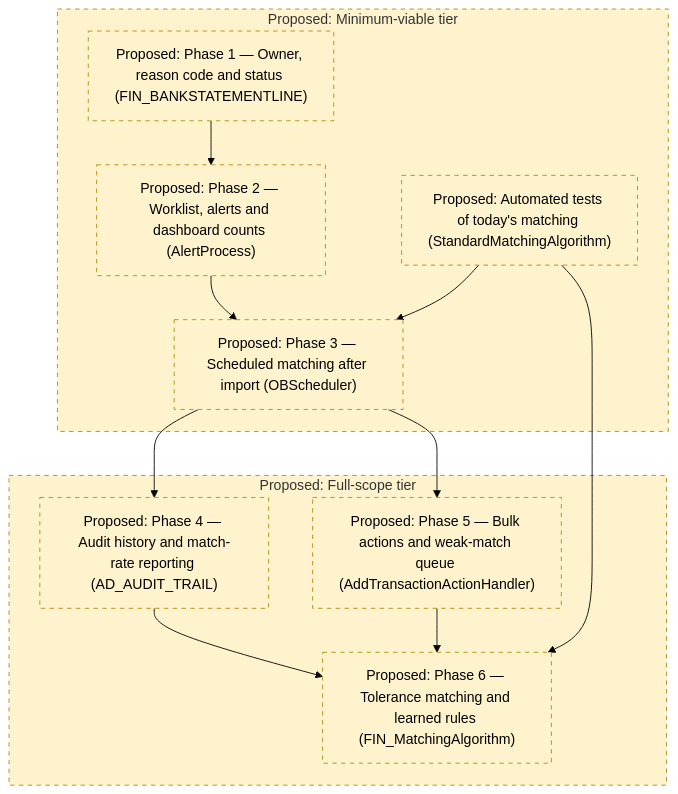
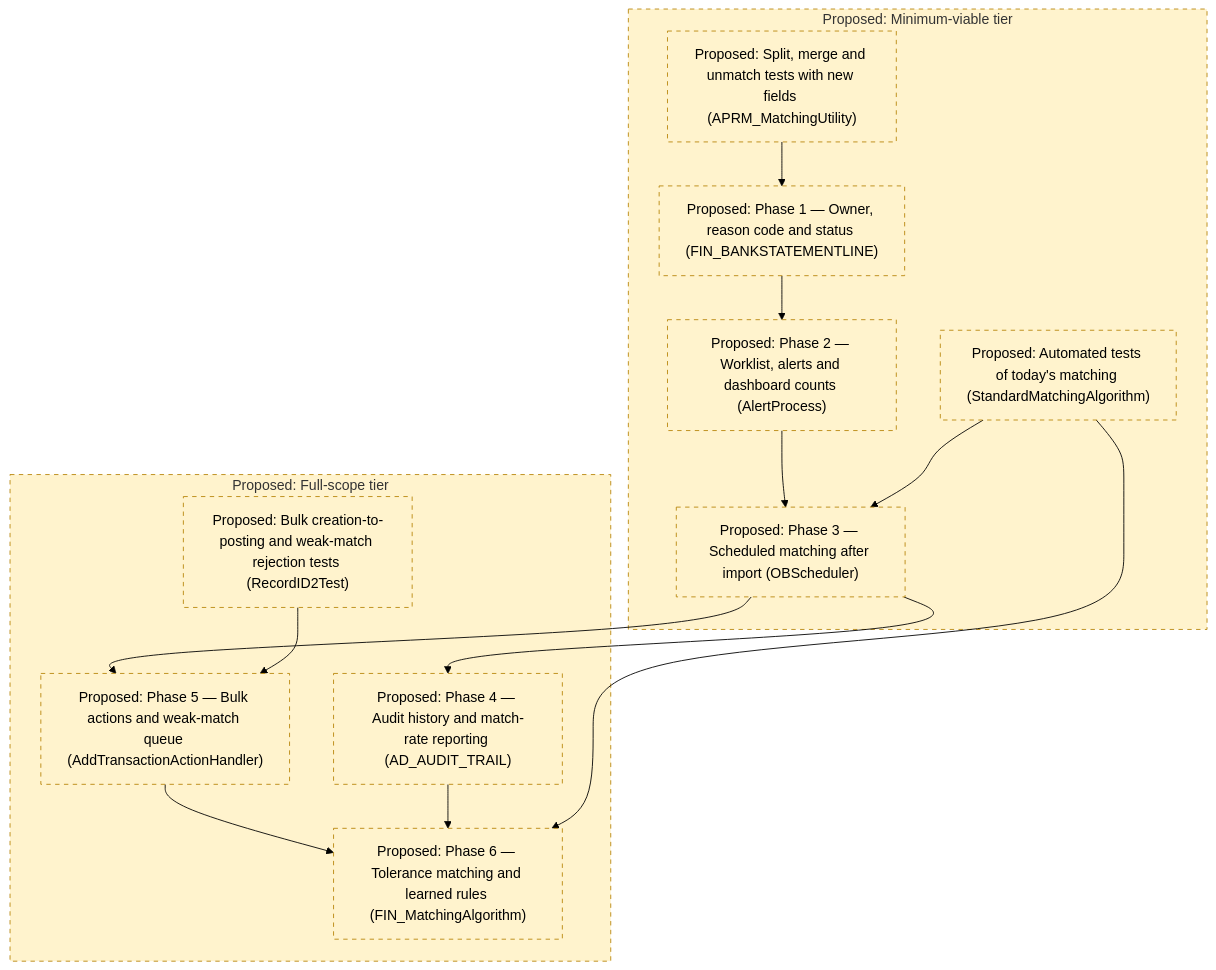
Before and after one commit to blitzy-public-samples/openbravo-erp: the fifth of 5 diagrams in docs/analysis/analysis-2-extension-points-and-risks.md, drawn with Mermaid (forest theme). The commit also changed other lines of this file and 1 other file, not shown here.

````diff
--- a/docs/analysis/analysis-2-extension-points-and-risks.md
+++ b/docs/analysis/analysis-2-extension-points-and-risks.md
@@ -383,25 +386,31 @@
 ```mermaid
 flowchart TB
+  accTitle: Figure 5. Proposed Phased Delivery Roadmap
+  accDescr: Phases by tier, with their test gates
   subgraph MVT["Proposed: Minimum-viable tier"]
+    TF["Proposed: Split, merge and unmatch tests with new fields (APRM_MatchingUtility)"]
     P1["Proposed: Phase 1 — Owner, reason code and status (FIN_BANKSTATEMENTLINE)"]
     P2["Proposed: Phase 2 — Worklist, alerts and dashboard counts (AlertProcess)"]
     T["Proposed: Automated tests of today's matching (StandardMatchingAlgorithm)"]
     P3["Proposed: Phase 3 — Scheduled matching after import (OBScheduler)"]
   end
   subgraph FST["Proposed: Full-scope tier"]
+    TB["Proposed: Bulk creation-to-posting and weak-match rejection tests (RecordID2Test)"]
     P4["Proposed: Phase 4 — Audit history and match-rate reporting (AD_AUDIT_TRAIL)"]
     P5["Proposed: Phase 5 — Bulk actions and weak-match queue (AddTransactionActionHandler)"]
     P6["Proposed: Phase 6 — Tolerance matching and learned rules (FIN_MatchingAlgorithm)"]
   end
+  TF --> P1
   P1 --> P2
   P2 --> P3
   T --> P3
   P3 --> P4
   P3 --> P5
+  TB --> P5
+  P5 --> P6
   P4 --> P6
-  P5 --> P6
   T --> P6
   classDef proposed stroke-dasharray: 5 5,fill:#fff3cd,stroke:#b8860b
-  class P1,P2,T,P3,P4,P5,P6 proposed
+  class TF,P1,P2,T,P3,TB,P4,P5,P6 proposed
   class MVT,FST proposed
 ```
````
